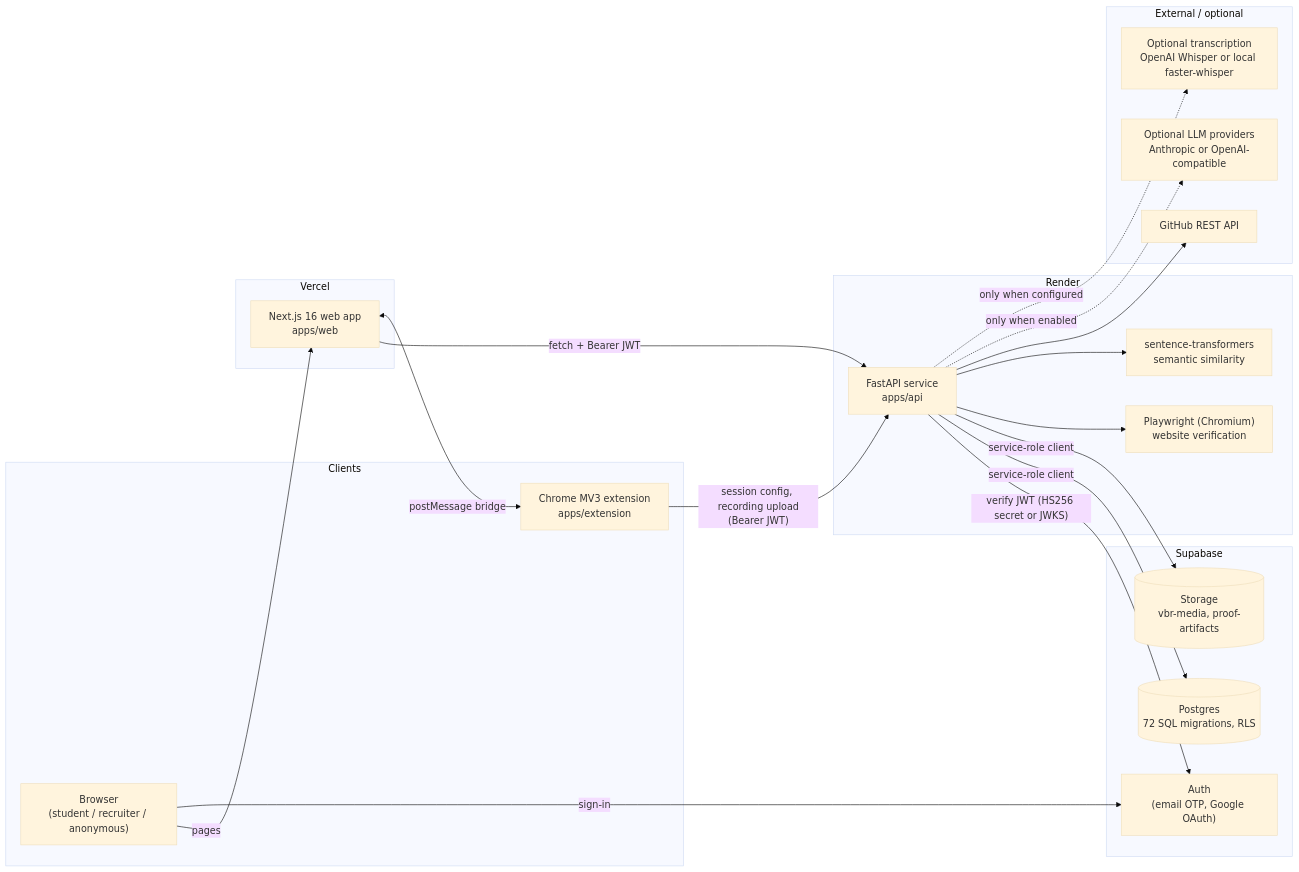
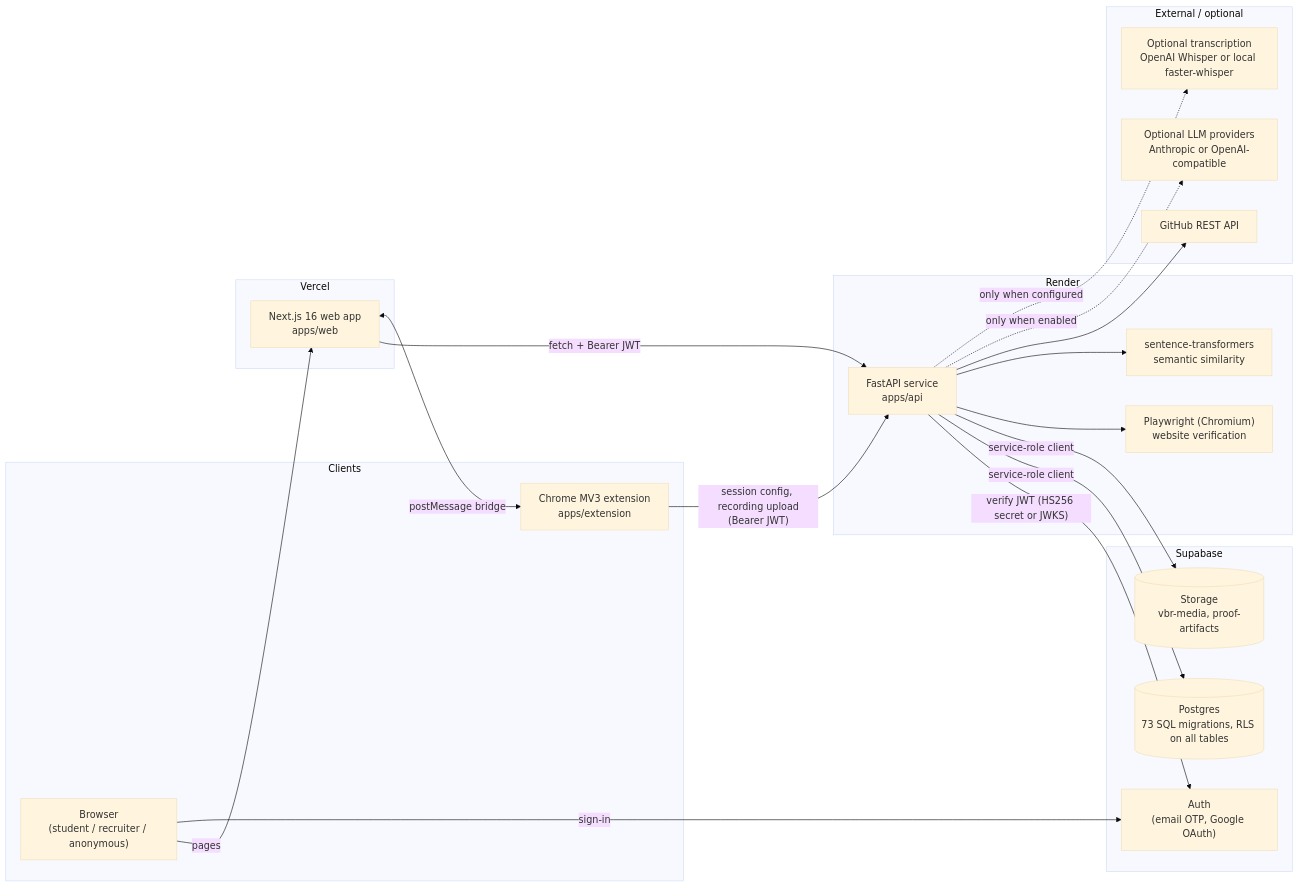
The first of 3 diagrams in docs/ARCHITECTURE.md (machackgo/veribridge-ai), drawn with Mermaid (base theme) before and after one commit. The commit also changed other lines of this file and 1 other file, not shown here.

First line of the commit message:
docs: correct RLS, signed-URL and setup details after review

````diff
--- a/docs/ARCHITECTURE.md
+++ b/docs/ARCHITECTURE.md
@@ -8,43 +8,43 @@
 ```mermaid
 flowchart LR
   subgraph Clients
     B["Browser<br/>(student / recruiter / anonymous)"]
     X["Chrome MV3 extension<br/>apps/extension"]
   end
 
   subgraph Vercel
     W["Next.js 16 web app<br/>apps/web"]
   end
 
   subgraph Render
     A["FastAPI service<br/>apps/api"]
     PW["Playwright (Chromium)<br/>website verification"]
     ST["sentence-transformers<br/>semantic similarity"]
   end
 
   subgraph Supabase
     AUTH["Auth<br/>(email OTP, Google OAuth)"]
-    DB[("Postgres<br/>72 SQL migrations, RLS")]
+    DB[("Postgres<br/>73 SQL migrations, RLS on all tables")]
     S3[("Storage<br/>vbr-media, proof-artifacts")]
   end
 
   subgraph External["External / optional"]
     GH["GitHub REST API"]
     LLM["Optional LLM providers<br/>Anthropic or OpenAI-compatible"]
     TR["Optional transcription<br/>OpenAI Whisper or local faster-whisper"]
   end
 
   B -->|pages| W
   B -->|sign-in| AUTH
   W -->|"fetch + Bearer JWT"| A
   X -->|"session config, recording upload<br/>(Bearer JWT)"| A
   W <-->|"postMessage bridge"| X
   A -->|"verify JWT (HS256 secret or JWKS)"| AUTH
   A -->|"service-role client"| DB
   A -->|"service-role client"| S3
   A --> PW
   A --> ST
   A --> GH
   A -.->|"only when enabled"| LLM
   A -.->|"only when configured"| TR
 ```
````
